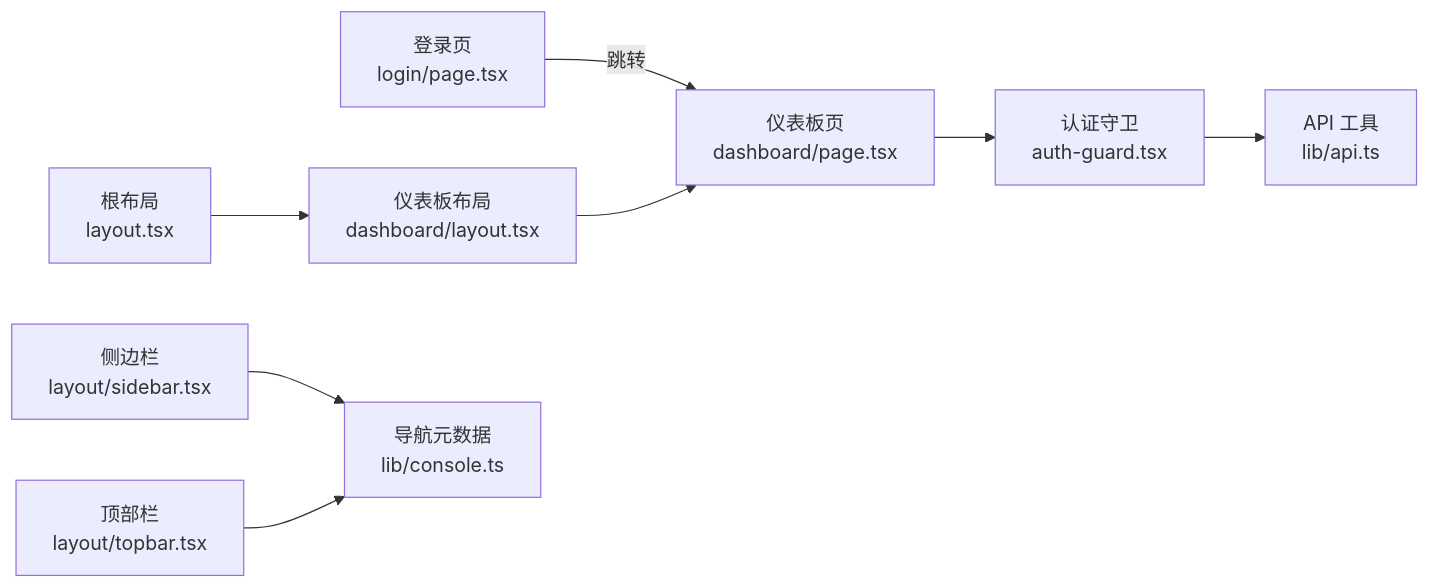
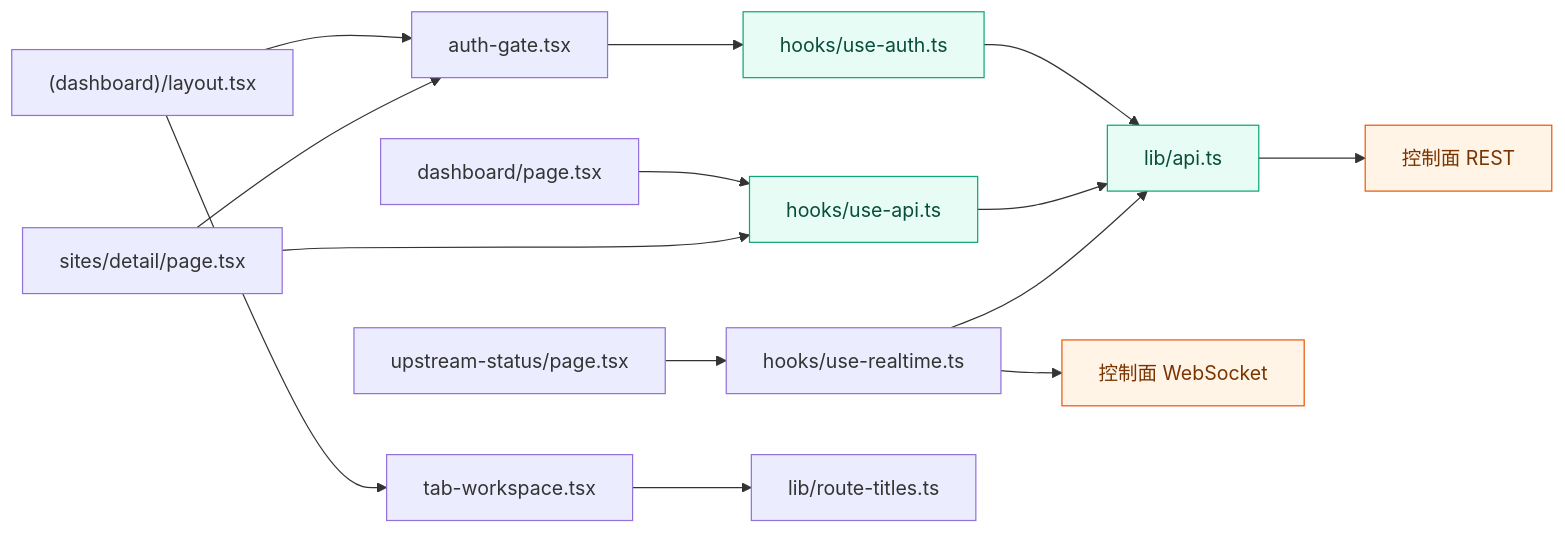
The eighth of 9 diagrams in docs/前端管理界面/Next.js 架构设计/页面生命周期与渲染策略.md (x01n/My-OpenWaf), drawn with Mermaid before and after one commit. The commit also changed other lines of this file and 622 other files, not shown here.

````diff
--- a/docs/前端管理界面/Next.js 架构设计/页面生命周期与渲染策略.md
+++ b/docs/前端管理界面/Next.js 架构设计/页面生命周期与渲染策略.md
@@ -276,10 +501,20 @@
 ```mermaid
-graph LR
-L["登录页<br/>login/page.tsx"] --> |跳转| D["仪表板页<br/>dashboard/page.tsx"]
-RL["根布局<br/>layout.tsx"] --> DL["仪表板布局<br/>dashboard/layout.tsx"]
-DL --> D
-D --> AG["认证守卫<br/>auth-guard.tsx"]
-AG --> API["API 工具<br/>lib/api.ts"]
-SB["侧边栏<br/>layout/sidebar.tsx"] --> CM["导航元数据<br/>lib/console.ts"]
-TB["顶部栏<br/>layout/topbar.tsx"] --> CM
+flowchart LR
+  LAYOUT["(dashboard)/layout.tsx"] --> GATE["auth-gate.tsx"]
+  GATE --> USEAUTH["hooks/use-auth.ts"]
+  USEAUTH --> API["lib/api.ts"]
+  PAGE["dashboard/page.tsx"] --> USEAPI["hooks/use-api.ts"]
+  USEAPI --> API
+  DETAIL["sites/detail/page.tsx"] --> USEAPI
+  DETAIL --> GATE
+  UPST["upstream-status/page.tsx"] --> RT["hooks/use-realtime.ts"]
+  RT --> API
+  LAYOUT --> TW["tab-workspace.tsx"]
+  TW --> TITLES["lib/route-titles.ts"]
+  API --> BE["控制面 REST"]
+  RT --> WS["控制面 WebSocket"]
+  classDef api fill:#e6fcf5,stroke:#0ca678,color:#084d3b
+  classDef ext fill:#fff4e6,stroke:#e8590c,color:#7a3400
+  class API,USEAUTH,USEAPI api
+  class BE,WS ext
 ```
````
